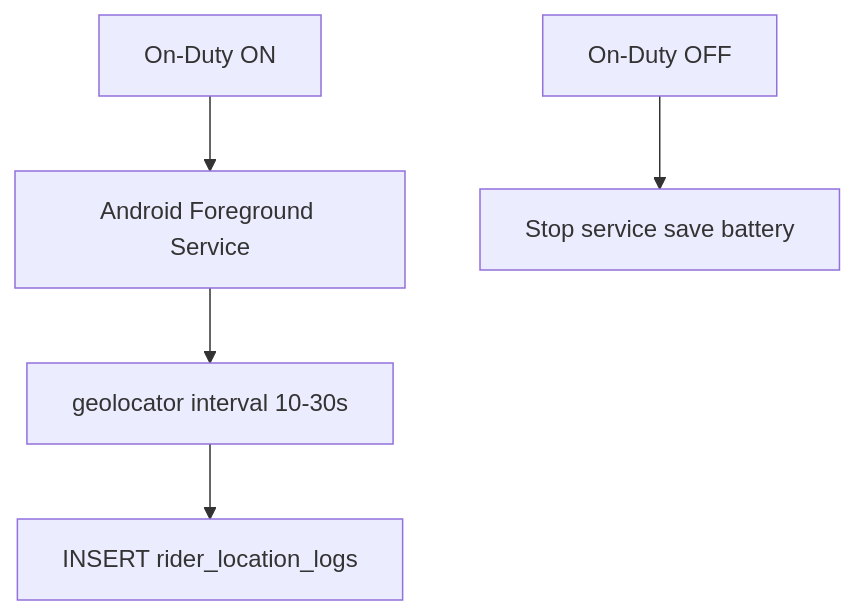
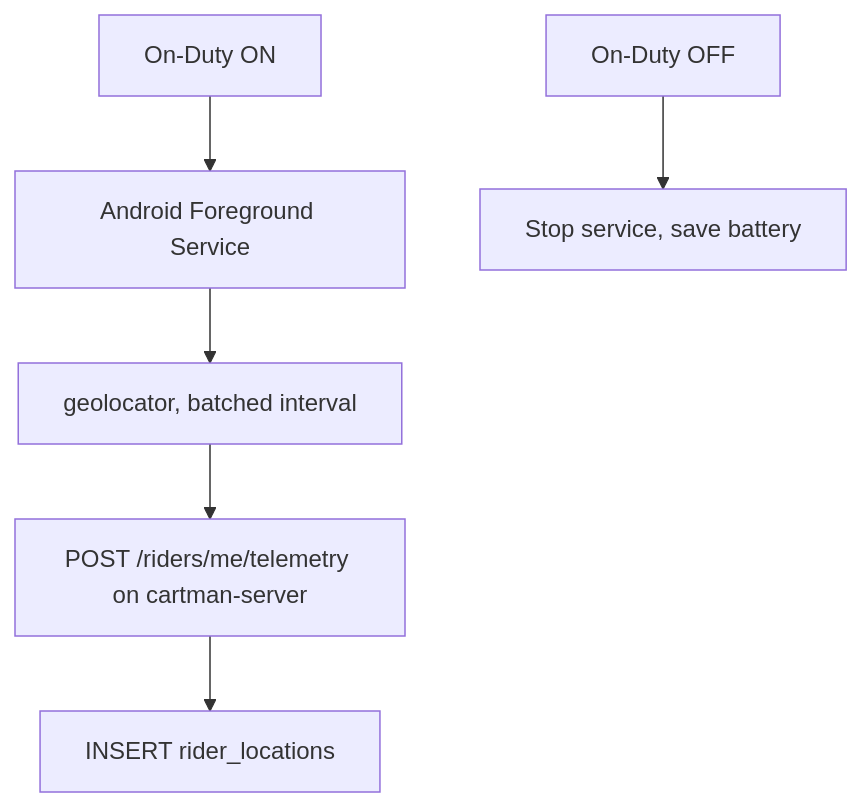
Before and after one commit to xzen-projects/cartman-ph-docs: diagram 13 of 13 in docs/breakdown/flows.md, drawn with Mermaid. The commit also changed other lines of this file and 3 other files, not shown here.

First line of the commit message:
docs: mirror architecture reconciliation into breakdown docs

````diff
--- a/docs/breakdown/flows.md
+++ b/docs/breakdown/flows.md
@@ -411,7 +399,8 @@
 ```mermaid
 flowchart TB
   Toggle[On-Duty ON] --> Service[Android Foreground Service]
-  Service --> GPS[geolocator interval 10-30s]
-  GPS --> Insert[INSERT rider_location_logs]
-  ToggleOff[On-Duty OFF] --> Stop[Stop service save battery]
+  Service --> GPS[geolocator, batched interval]
+  GPS --> Post[POST /riders/me/telemetry on cartman-server]
+  Post --> Insert[INSERT rider_locations]
+  ToggleOff[On-Duty OFF] --> Stop[Stop service, save battery]
 ```
````
